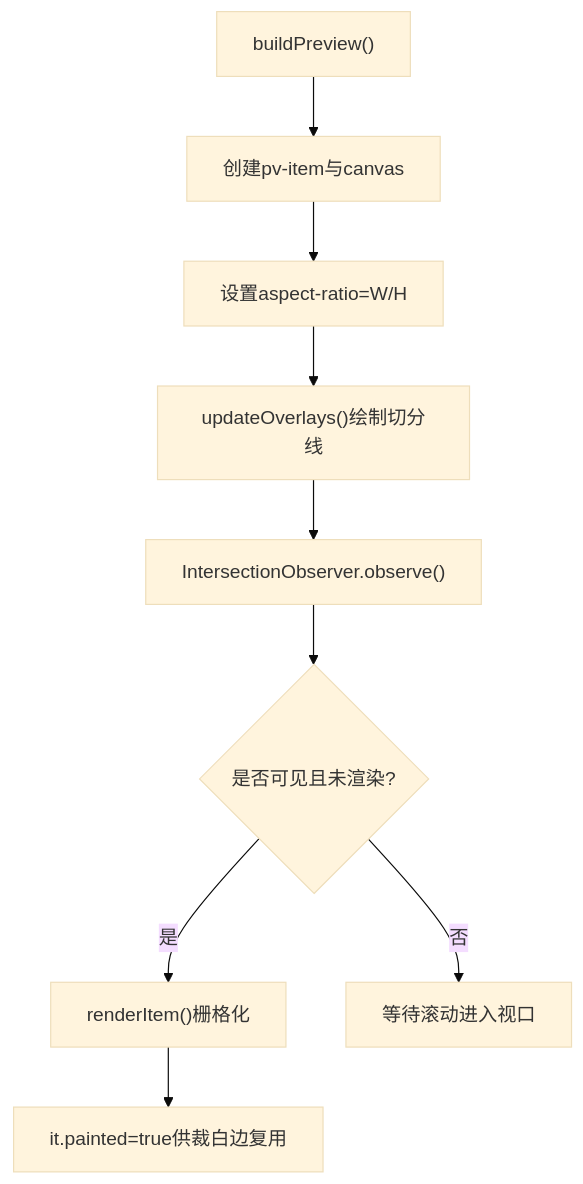
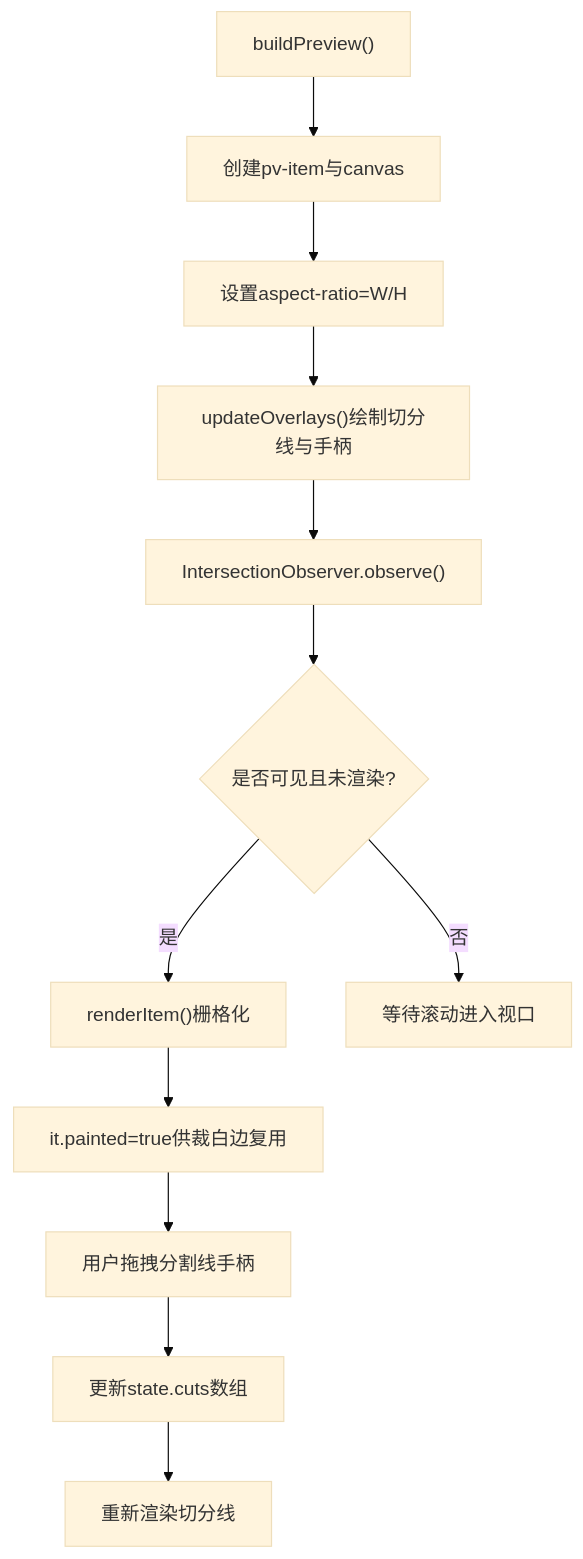
Before and after one commit to wzh8080/PDFTools: the fifth of 9 diagrams in .qoder/repowiki/zh/content/Web应用架构/UI组件设计.md, drawn with Mermaid (base theme). The commit also changed other lines of this file and 29 other files, not shown here.

````diff
--- a/.qoder/repowiki/zh/content/Web应用架构/UI组件设计.md
+++ b/.qoder/repowiki/zh/content/Web应用架构/UI组件设计.md
@@ -180,11 +193,14 @@
 ```mermaid
 flowchart TD
 Init["buildPreview()"] --> CreateItems["创建pv-item与canvas"]
 CreateItems --> SetAR["设置aspect-ratio=W/H"]
-SetAR --> UpdateOverlay["updateOverlays()绘制切分线"]
+SetAR --> UpdateOverlay["updateOverlays()绘制切分线与手柄"]
 UpdateOverlay --> Observe["IntersectionObserver.observe()"]
 Observe --> RenderVisible{"是否可见且未渲染?"}
 RenderVisible --> |是| RenderItem["renderItem()栅格化"]
 RenderVisible --> |否| Wait["等待滚动进入视口"]
 RenderItem --> MarkPainted["it.painted=true供裁白边复用"]
+MarkPainted --> DragHandle["用户拖拽分割线手柄"]
+DragHandle --> UpdateCuts["更新state.cuts数组"]
+UpdateCuts --> RefreshOverlay["重新渲染切分线"]
 ```
````
